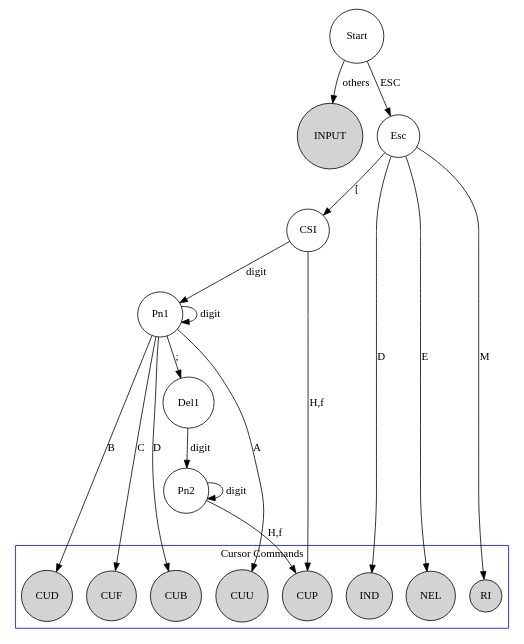
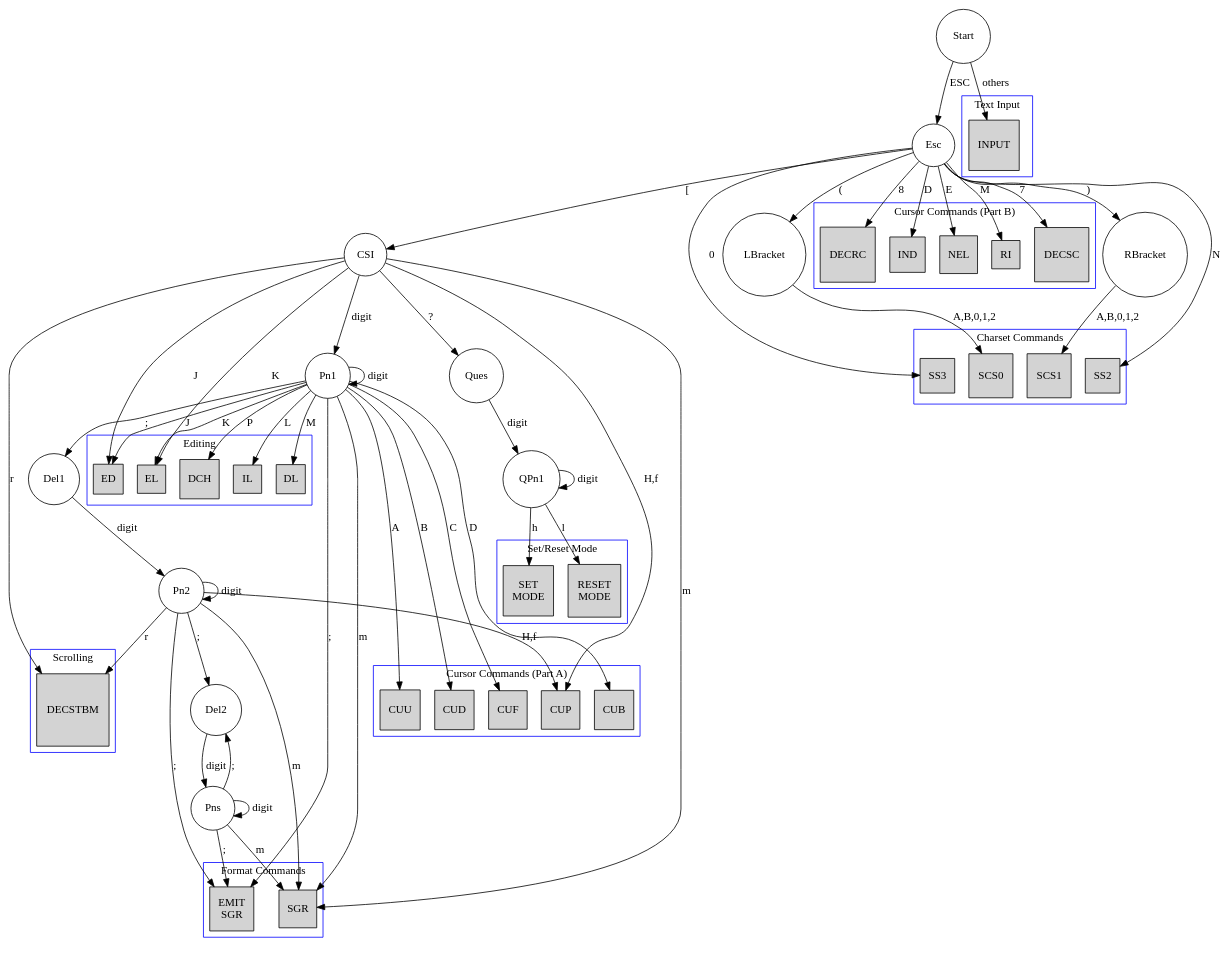
One commit to Harry-Chen/fpga-virtual-console changed the diagram in doc/DFA.dot. Above: the diagram before and after it, drawn with Graphviz.

Commit message:
Parser DFA.

```diff
--- a/doc/DFA.dot
+++ b/doc/DFA.dot
@@ -1,67 +1,182 @@
 digraph DFA {   
 //	edge[fontname="FangSong"];  
 //	node[peripheries=2, fontname="FangSong"];  
-	size="16, 16";  
+//	size="16, 16";  
 	node[shape=circle];  
 
 	Start;
-
-	INPUT[style=filled];
-	Start->INPUT[label=others];
 
 	/* Basic structure */
 
 	// ESC
 	Start->Esc[label=ESC];
 
 	// ESC [
 	Esc->CSI[label="["];
 
 	// ESC [ Pn
 	CSI->Pn1[label="digit"];
 	Pn1->Pn1[label="digit"];
 
 	// ESC [ Pn; 
 	Pn1->Del1[label=";"];
 
 	// ESC [ Pn; Pn
 	Del1->Pn2[label="digit"];
 	Pn2->Pn2[label="digit"];
 
+	// ESC [ Pn; Pn; 
+	Pn2->Del2[label=";"];
+
+	// ESC [ Pn; Pn; Pns
+	Del2->Pns[label="digit"];
+	Pns->Pns[label="digit"];
+	Pns->Del2[label=";"];
+
+	// ESC (
+	Esc->LBracket[label="("];
+
+	// ESC )
+	Esc->RBracket[label=")"];
+
+	// ESC [ ?
+	CSI->Ques[label="?"];
+
+	// ESC [? Pn
+	Ques->QPn1[label="digit"];
+	QPn1->QPn1[label="digit"];
+	
+	/* Format Commands */
+	subgraph cluster0 {
+		node[style=filled,shape=square];
+        color=blue;
+        label="Format Commands";  
+		SGR; 
+		EMIT_SGR[label="EMIT\nSGR"];
+	}
+
+	Pn1->EMIT_SGR[label=";"];
+	Pn2->EMIT_SGR[label=";"];
+	Pns->EMIT_SGR[label=";"];
+	Pn1->SGR[label="m"];
+	Pn2->SGR[label="m"];
+	Pns->SGR[label="m"];
+	CSI->SGR[label="m"];
 
 	/* Cursor Movement Commands */
-	subgraph cluster1 {
-		node[style=filled];
+	subgraph cluster1a {
+		node[style=filled,shape=square];
         color=blue;
-        label="Cursor Commands";  
-		CUU; CUD; CUF; CUB; 
-		CUP; IND; NEL; RI;
+        label="Cursor Commands (Part A)";  
+		CUU; CUD; CUF; CUB; CUP;
+	}
+
+	subgraph cluster1b {
+		node[style=filled,shape=square];
+        color=blue;
+        label="Cursor Commands (Part B)";  
+		IND; NEL; RI; DECSC; DECRC;
 	}
 
 	// ESC [ Pn A
 	Pn1->CUU[label=A];  // Cursor up
 
 	// ESC [ Pn B
 	Pn1->CUD[label=B];  // Cursor down
 
 	// ESC [ Pn C
 	Pn1->CUF[label=C];  // Cursor forward (right)
 
 	// ESC [ Pn B
 	Pn1->CUB[label=D];  // Cursor backward (left)
 
 	// ESC [ Pn; Pn H 
 	Pn2->CUP[label="H,f"]; // Cursor Position
 
 	// ESC [ H
 	CSI->CUP[label="H,f"]; // Cursor Home
 
 	// ESC D
 	Esc->IND[label=D];  // Index
 
 	// ESC E
 	Esc->NEL[label=E];  // Next line
 
 	// ESC M
 	Esc->RI[label=M];  // Reserve Index
+
+	// ESC 7
+	Esc->DECSC[label=7]; // Save cursor
+
+	// ESC 8
+	Esc->DECRC[label=8]; // Restore cursor
+
+	/* Scrolling */
+	subgraph cluster2 {
+		node[style=filled,shape=square];
+        color=blue;
+        label="Scrolling";  
+		DECSTBM;
+	}
+
+	// ESC [ Pn; Pn r
+	Pn2->DECSTBM[label=r]; // Set top and bottom margins
+	CSI->DECSTBM[label=r];
+
+	/* Charset Commands */
+	subgraph cluster3 {
+		node[style=filled,shape=square];
+        color=blue;
+        label="Charset Commands";  
+		SCS0; SCS1; SS2; SS3;
+	}
+
+	LBracket->SCS0[label="A,B,0,1,2"];
+	RBracket->SCS1[label="A,B,0,1,2"];
+	Esc->SS2[label=N];
+	Esc->SS3[label=0];
+
+	/* Erasing */
+	subgraph cluster4 {
+		node[style=filled,shape=square];
+        color=blue;
+        label="Erasing";  
+		EL; ED;
+	}
+
+	CSI->EL[label=K];  // Erase in line
+	Pn1->EL[label=K];
+
+	CSI->ED[label=J];  // Erase in display
+	Pn1->ED[label=J];
+
+	/* Editing */
+	subgraph cluster4 {
+		node[style=filled,shape=square];
+        color=blue;
+        label="Editing";  
+		DCH; IL; DL;
+	}
+
+	Pn1->DCH[label=P]; // Delete character
+	Pn1->IL[label=L];  // Insert line
+	Pn1->DL[label=M];  // Delete line
+
+	/* Set/Reset Mode Commands */
+	subgraph cluster5 {
+		node[style=filled,shape=square];
+        color=blue;
+        label="Set/Reset Mode";  
+		SETMODE[label="SET\nMODE"]; RESETMODE[label="RESET\nMODE"];
+	}
+	QPn1->SETMODE[label=h]
+	QPn1->RESETMODE[label=l]
+
+	subgraph cluster6 {
+		node[style=filled,shape=square];
+        color=blue;
+        label="Text Input";  
+		INPUT;
+	}
+	Start->INPUT[label=others];
 }         
```
